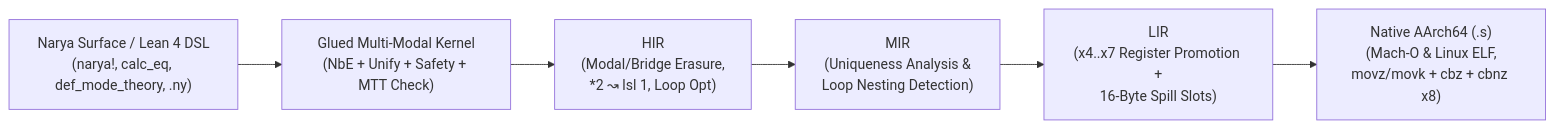
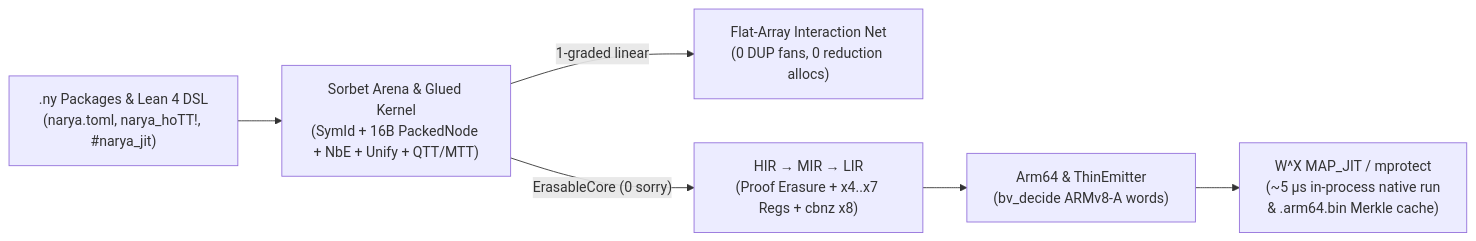
The diagram in README.md (alok/narya-lean), drawn with Mermaid before and after one commit. The commit also changed other lines of this file and 3 other files, not shown here.

Commit message:
docs,ci: document Sorbet arena, INet, ThinEmitter JIT, Profiler & Merkle builder; add CI steps

````diff
--- a/README.md
+++ b/README.md
@@ -28,8 +28,8 @@
 ```mermaid
 flowchart LR
-    A["Narya Surface / Lean 4 DSL\n(narya!, calc_eq, def_mode_theory, .ny)"] --> B["Glued Multi-Modal Kernel\n(NbE + Unify + Safety + MTT Check)"]
-    B --> C["HIR\n(Modal/Bridge Erasure,\n*2 ↝ lsl 1, Loop Opt)"]
-    C --> D["MIR\n(Uniqueness Analysis &\nLoop Nesting Detection)"]
-    D --> E["LIR\n(x4..x7 Register Promotion +\n16-Byte Spill Slots)"]
-    E --> F["Native AArch64 (.s)\n(Mach-O & Linux ELF,\nmovz/movk + cbz + cbnz x8)"]
+    A[".ny Packages & Lean 4 DSL\n(narya.toml, narya_hoTT!, #narya_jit)"] --> B["Sorbet Arena & Glued Kernel\n(SymId + 16B PackedNode + NbE + Unify + QTT/MTT)"]
+    B -->|"1-graded linear"| L["Flat-Array Interaction Net\n(0 DUP fans, 0 reduction allocs)"]
+    B -->|"ErasableCore (0 sorry)"| C["HIR → MIR → LIR\n(Proof Erasure + x4..x7 Regs + cbnz x8)"]
+    C --> D["Arm64 & ThinEmitter\n(bv_decide ARMv8-A words)"]
+    D --> E["W^X MAP_JIT / mprotect\n(~5 µs in-process native run\n& .arm64.bin Merkle cache)"]
 ```
````
